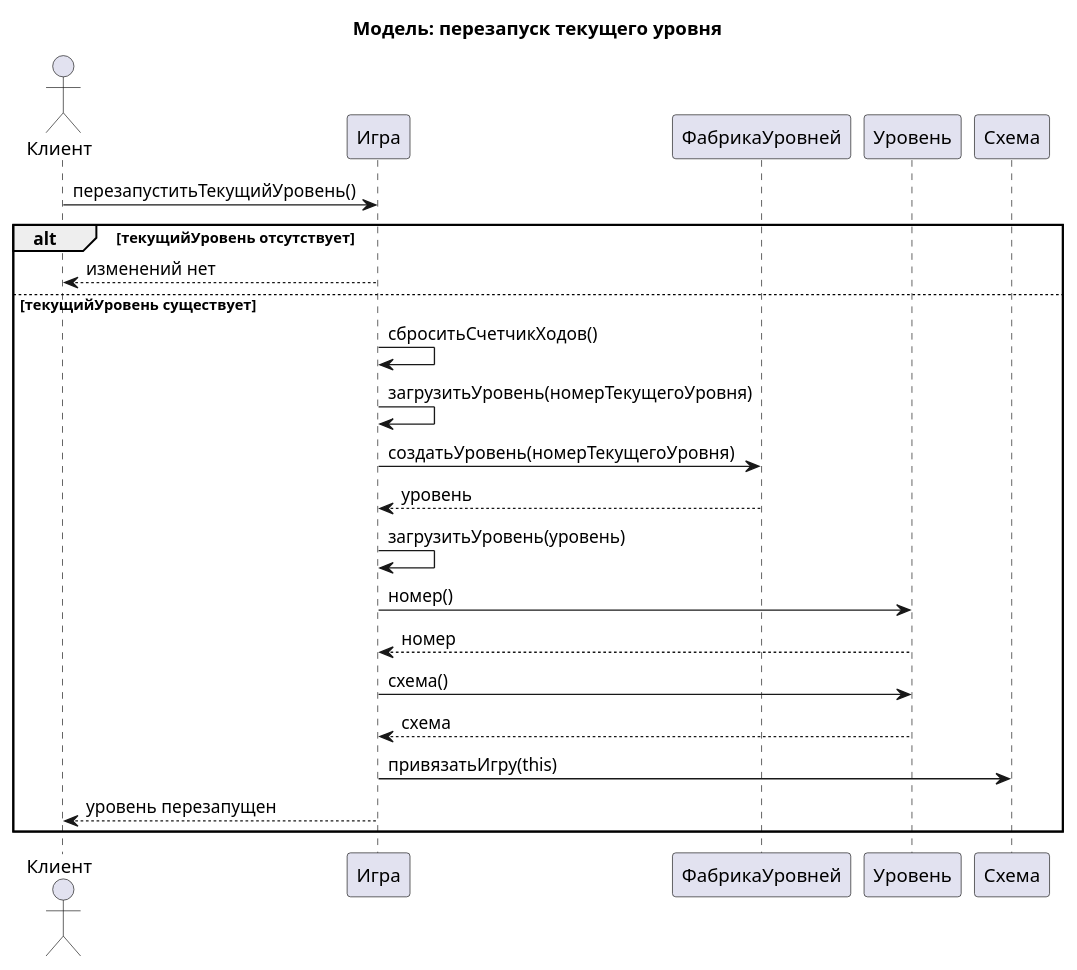
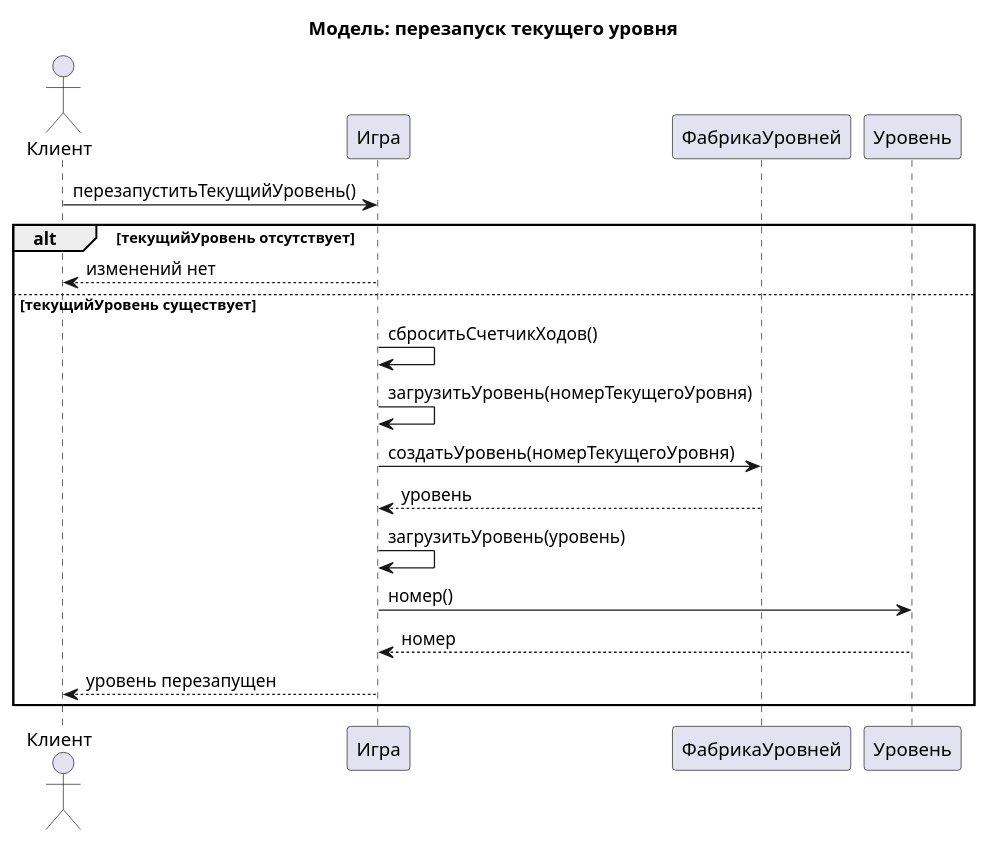
Before and after one commit to dmitriyBreyfogel/Untangle: the diagram in diagrams/Model sequence diagrams/04 Restart current level.puml, drawn with PlantUML. The commit also changed 30 other files, not shown here.

```diff
--- a/diagrams/Model sequence diagrams/04 Restart current level.puml
+++ b/diagrams/Model sequence diagrams/04 Restart current level.puml
@@ -1,27 +1,23 @@
 @startuml
 title Модель: перезапуск текущего уровня
 
 actor Клиент
 participant "Игра" as Игра
 participant "ФабрикаУровней" as ФабрикаУровней
 participant "Уровень" as Уровень
-participant "Схема" as Схема
 
 Клиент -> Игра : перезапуститьТекущийУровень()
 alt текущийУровень отсутствует
     Игра --> Клиент : изменений нет
 else текущийУровень существует
     Игра -> Игра : сброситьСчетчикХодов()
     Игра -> Игра : загрузитьУровень(номерТекущегоУровня)
     Игра -> ФабрикаУровней : создатьУровень(номерТекущегоУровня)
     ФабрикаУровней --> Игра : уровень
     Игра -> Игра : загрузитьУровень(уровень)
     Игра -> Уровень : номер()
     Уровень --> Игра : номер
-    Игра -> Уровень : схема()
-    Уровень --> Игра : схема
-    Игра -> Схема : привязатьИгру(this)
     Игра --> Клиент : уровень перезапущен
 end
 
 @enduml
```
